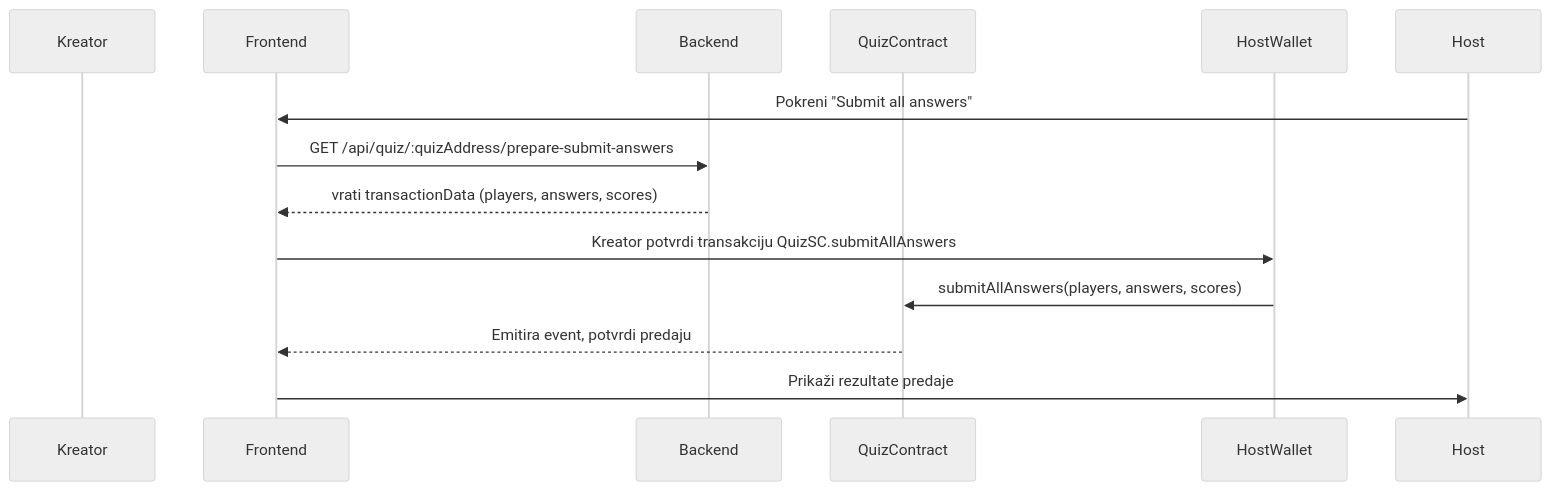
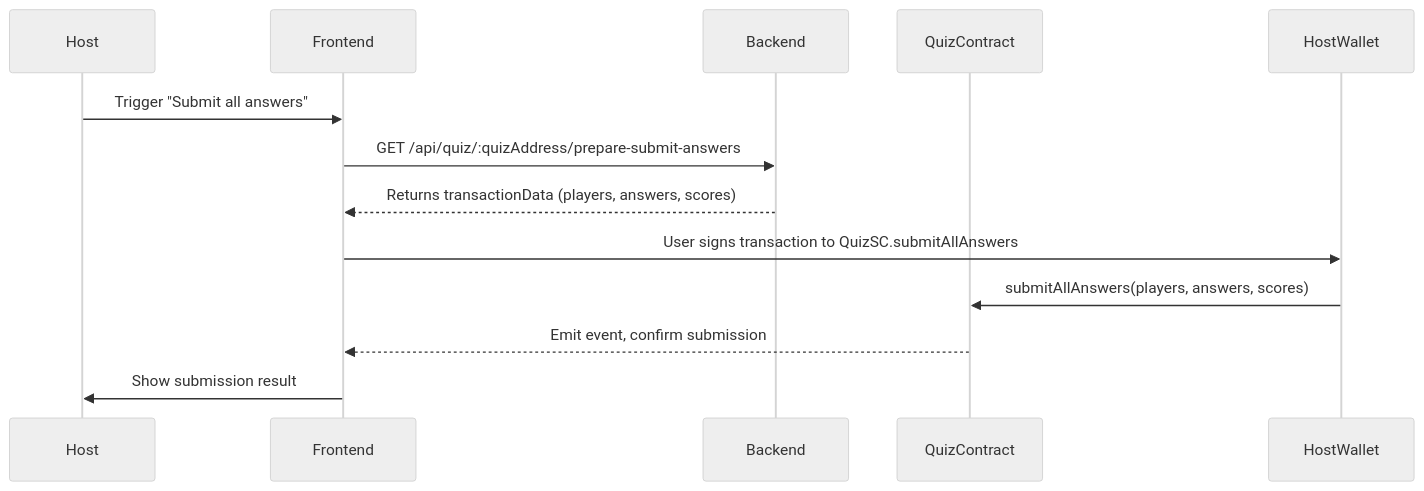
The fifth of 6 diagrams in README_Version3.md (ian12-21/QuizApp-Frontend), drawn with Mermaid (neutral theme) before and after one commit. The commit also changed other lines of this file, not shown here.

````diff
--- a/README_Version3.md
+++ b/README_Version3.md
@@ -83,16 +83,16 @@
 ```mermaid
 sequenceDiagram
-    participant Kreator
+    participant Host
     participant Frontend
     participant Backend
     participant QuizSC as QuizContract
     participant Wallet as HostWallet
 
-    Host->>Frontend: Pokreni "Submit all answers"
+    Host->>Frontend: Trigger "Submit all answers"
     Frontend->>Backend: GET /api/quiz/:quizAddress/prepare-submit-answers
-    Backend-->>Frontend: vrati transactionData (players, answers, scores)
-    Frontend->>Wallet: Kreator potvrdi transakciju QuizSC.submitAllAnswers
+    Backend-->>Frontend: Returns transactionData (players, answers, scores)
+    Frontend->>Wallet: User signs transaction to QuizSC.submitAllAnswers
     Wallet->>QuizSC: submitAllAnswers(players, answers, scores)
-    QuizSC-->>Frontend: Emitira event, potvrdi predaju
-    Frontend->>Host: Prikaži rezultate predaje
+    QuizSC-->>Frontend: Emit event, confirm submission
+    Frontend->>Host: Show submission result
 ```
````
